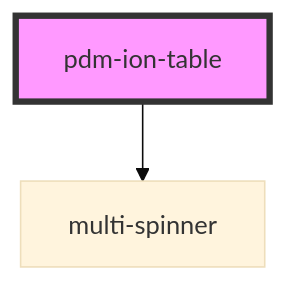
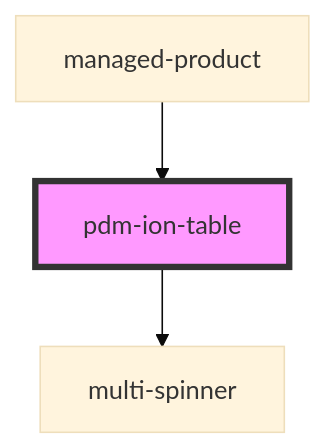
The diagram in pdm-web-components/src/components/pdm-ion-table/readme.md (PharmaLedger-IMI/fgt-workspace), drawn with Mermaid (base theme) before and after one commit. The commit also changed other lines of this file and 55 other files, not shown here.

````diff
--- a/pdm-web-components/src/components/pdm-ion-table/readme.md
+++ b/pdm-web-components/src/components/pdm-ion-table/readme.md
@@ -58,5 +63,6 @@
 ```mermaid
 graph TD;
   pdm-ion-table --> multi-spinner
+  managed-product --> pdm-ion-table
   style pdm-ion-table fill:#f9f,stroke:#333,stroke-width:4px
 ```
````
